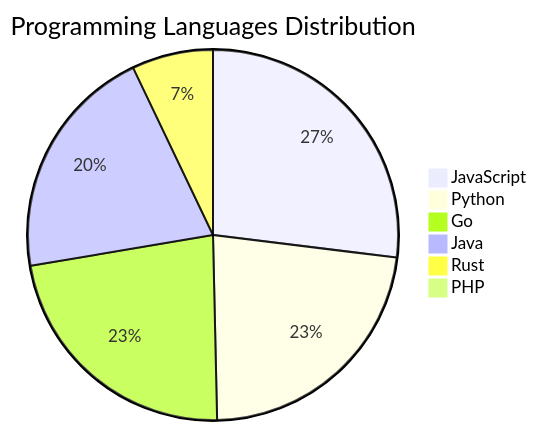
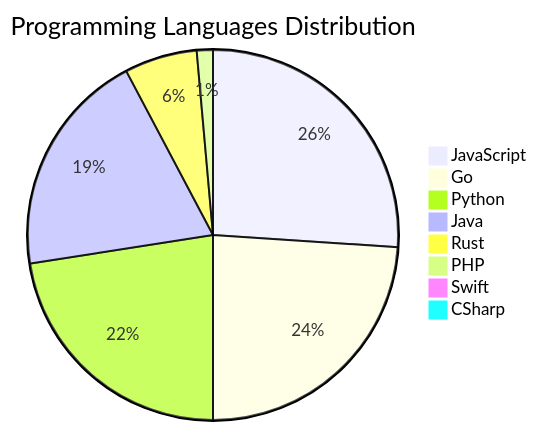
The diagram in README.md (Derrick-MUGISHA/github-activity-bot), drawn with Mermaid before and after one commit. The commit also changed other lines of this file and 4 other files, not shown here.

````diff
--- a/README.md
+++ b/README.md
@@ -206,9 +208,11 @@
 ```mermaid
 pie title Programming Languages Distribution
-    "JavaScript" : 38
+    "JavaScript" : 37
+    "Go" : 34
     "Python" : 32
-    "Go" : 32
-    "Java" : 29
-    "Rust" : 10
-    "PHP" : 1
+    "Java" : 28
+    "Rust" : 9
+    "PHP" : 2
+    "Swift" : 1
+    "CSharp" : 1
 ```
````
